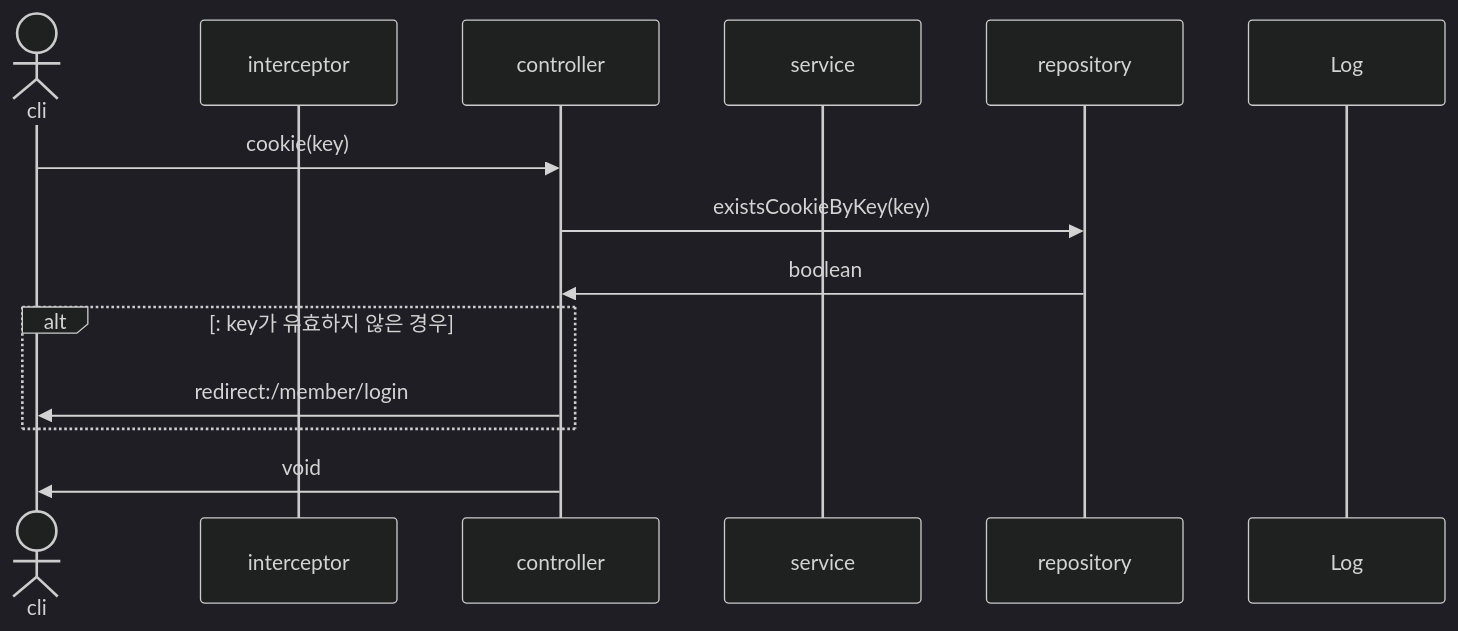
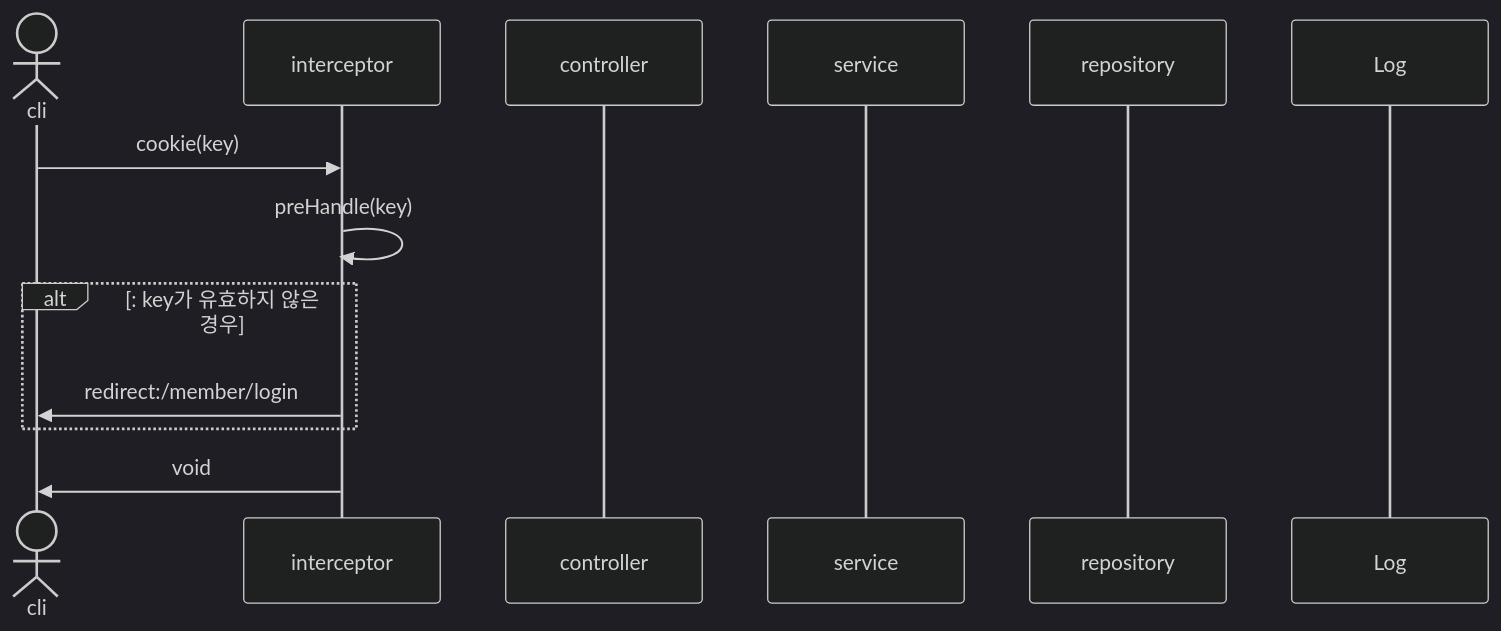
The seventh of 30 diagrams in sequence.md (mtak0235/snsX), drawn with Mermaid (dark theme) before and after one commit. The commit also changed other lines of this file, not shown here.

````diff
--- a/sequence.md
+++ b/sequence.md
@@ -177,17 +181,16 @@
 ```mermaid
 sequenceDiagram
 actor cli
 participant i as interceptor
 participant c as controller
 participant s as service
 participant r as repository
 participant l as Log
 
-cli->>c: cookie(key)
-c->>r: existsCookieByKey(key)
-r->>c: boolean
+cli->>i: cookie(key)
+i->>i: preHandle(key)
 alt: key가 유효하지 않은 경우
-c->>cli: redirect:/member/login
+i->>cli: redirect:/member/login
 end
-c->>cli: void
+i->>cli: void
 ```
````
